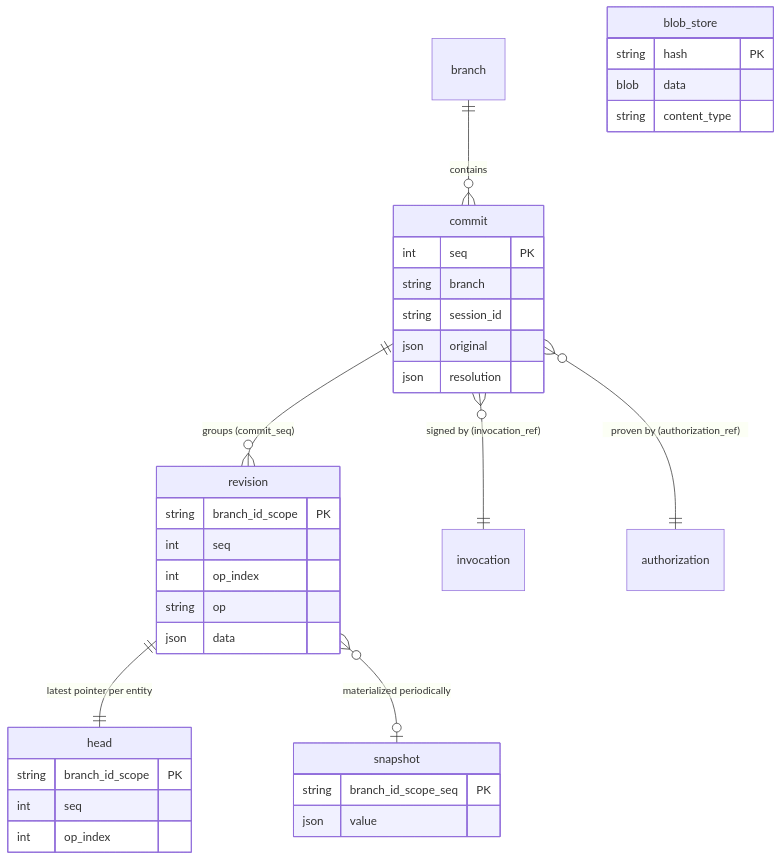
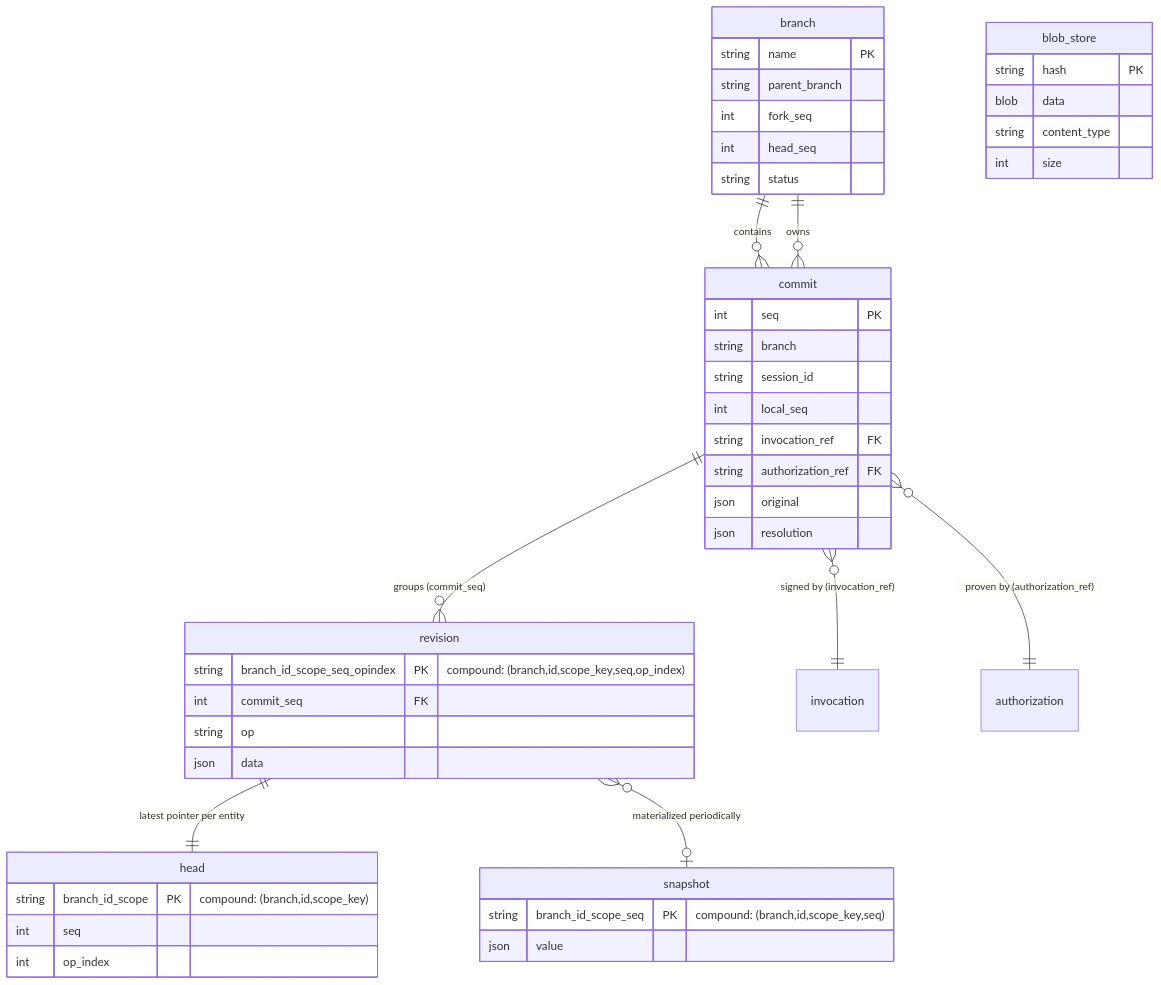
One commit to commontoolsinc/labs changed the third of 5 diagrams in docs/development/orientation/storage-substrate.md. Above: the diagram before and after it, drawn with Mermaid. The commit also changed 5 other files, not shown here.

````diff
--- a/docs/development/orientation/storage-substrate.md
+++ b/docs/development/orientation/storage-substrate.md
@@ -104,38 +104,50 @@
 ```mermaid
 erDiagram
     commit ||--o{ revision : "groups (commit_seq)"
     commit }o--|| invocation : "signed by (invocation_ref)"
     commit }o--|| authorization : "proven by (authorization_ref)"
     branch ||--o{ commit : "contains"
     revision ||--|| head : "latest pointer per entity"
     revision }o--o| snapshot : "materialized periodically"
 
+    branch ||--o{ commit : "owns"
+
     commit {
         int seq PK
         string branch
         string session_id
+        int local_seq
+        string invocation_ref FK
+        string authorization_ref FK
         json original
         json resolution
     }
     revision {
-        string branch_id_scope PK
-        int seq
-        int op_index
+        string branch_id_scope_seq_opindex PK "compound: (branch,id,scope_key,seq,op_index)"
+        int commit_seq FK
         string op
         json data
     }
     head {
-        string branch_id_scope PK
+        string branch_id_scope PK "compound: (branch,id,scope_key)"
         int seq
         int op_index
     }
     snapshot {
-        string branch_id_scope_seq PK
+        string branch_id_scope_seq PK "compound: (branch,id,scope_key,seq)"
         json value
+    }
+    branch {
+        string name PK
+        string parent_branch
+        int fork_seq
+        int head_seq
+        string status
     }
     blob_store {
         string hash PK
         blob data
         string content_type
+        int size
     }
 ```
````
